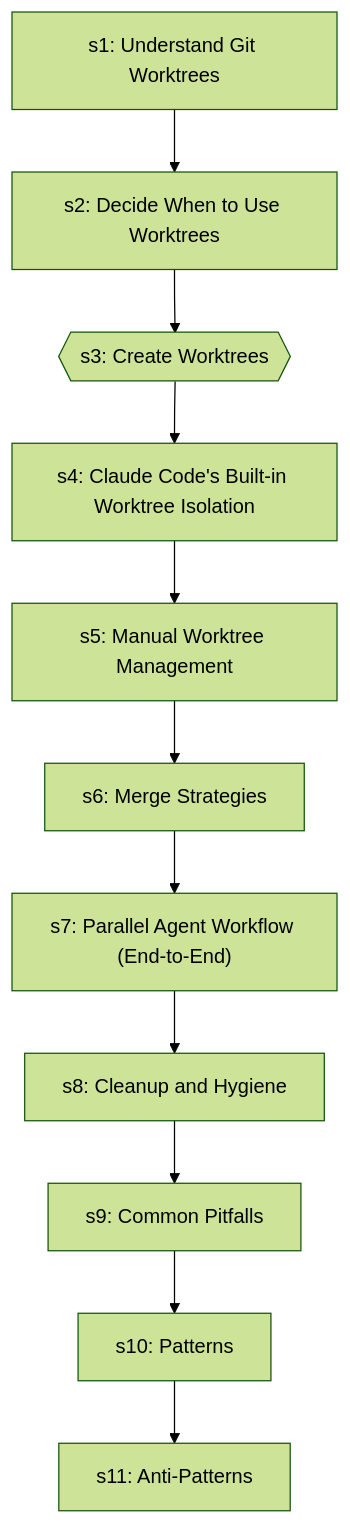
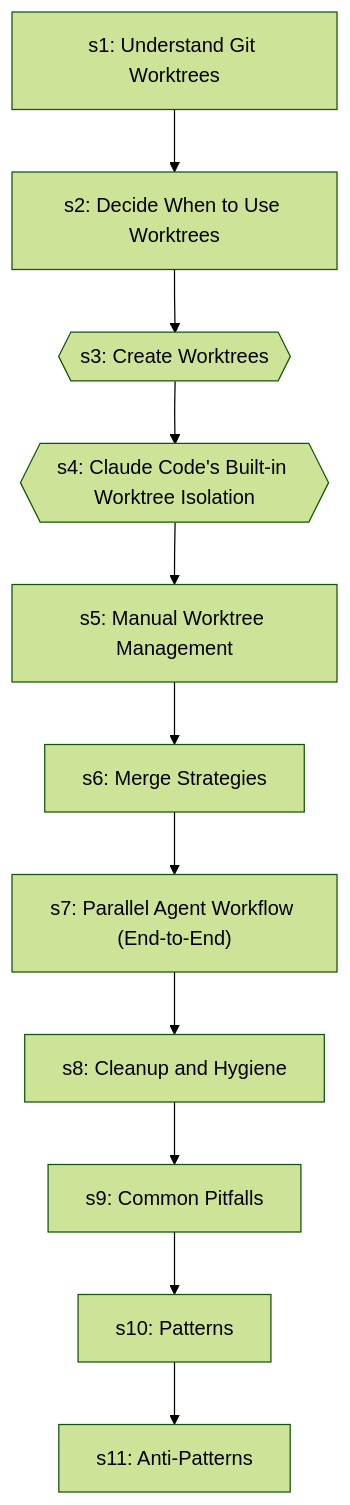
Before and after one commit to abhayla/claude-best-practices: diagram 21 of 45 in docs/workflows/development-loop.md, drawn with Mermaid (forest theme). The commit also changed other lines of this file and 13 other files, not shown here.

````diff
--- a/docs/workflows/development-loop.md
+++ b/docs/workflows/development-loop.md
@@ -930,24 +974,24 @@
 ```mermaid
 graph TD
     s1["s1: Understand Git Worktrees"]
     s2["s2: Decide When to Use Worktrees"]
     s1 --> s2
     s3{{s3: Create Worktrees}}
     s2 --> s3
-    s4["s4: Claude Code's Built-in Worktree Isolation"]
+    s4{{s4: Claude Code's Built-in Worktree Isolation}}
     s3 --> s4
     s5["s5: Manual Worktree Management"]
     s4 --> s5
     s6["s6: Merge Strategies"]
     s5 --> s6
     s7["s7: Parallel Agent Workflow (End-to-End)"]
     s6 --> s7
     s8["s8: Cleanup and Hygiene"]
     s7 --> s8
     s9["s9: Common Pitfalls"]
     s8 --> s9
     s10["s10: Patterns"]
     s9 --> s10
     s11["s11: Anti-Patterns"]
     s10 --> s11
 ```
````
